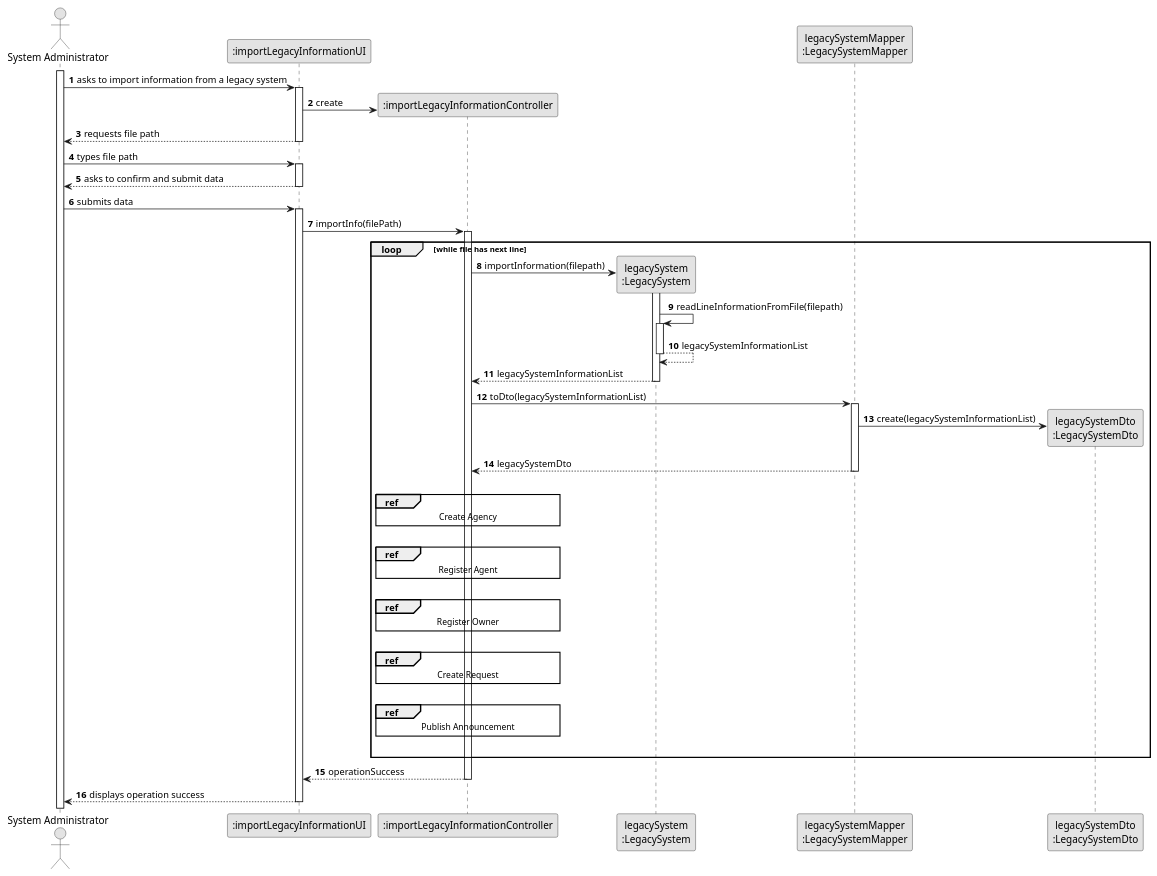
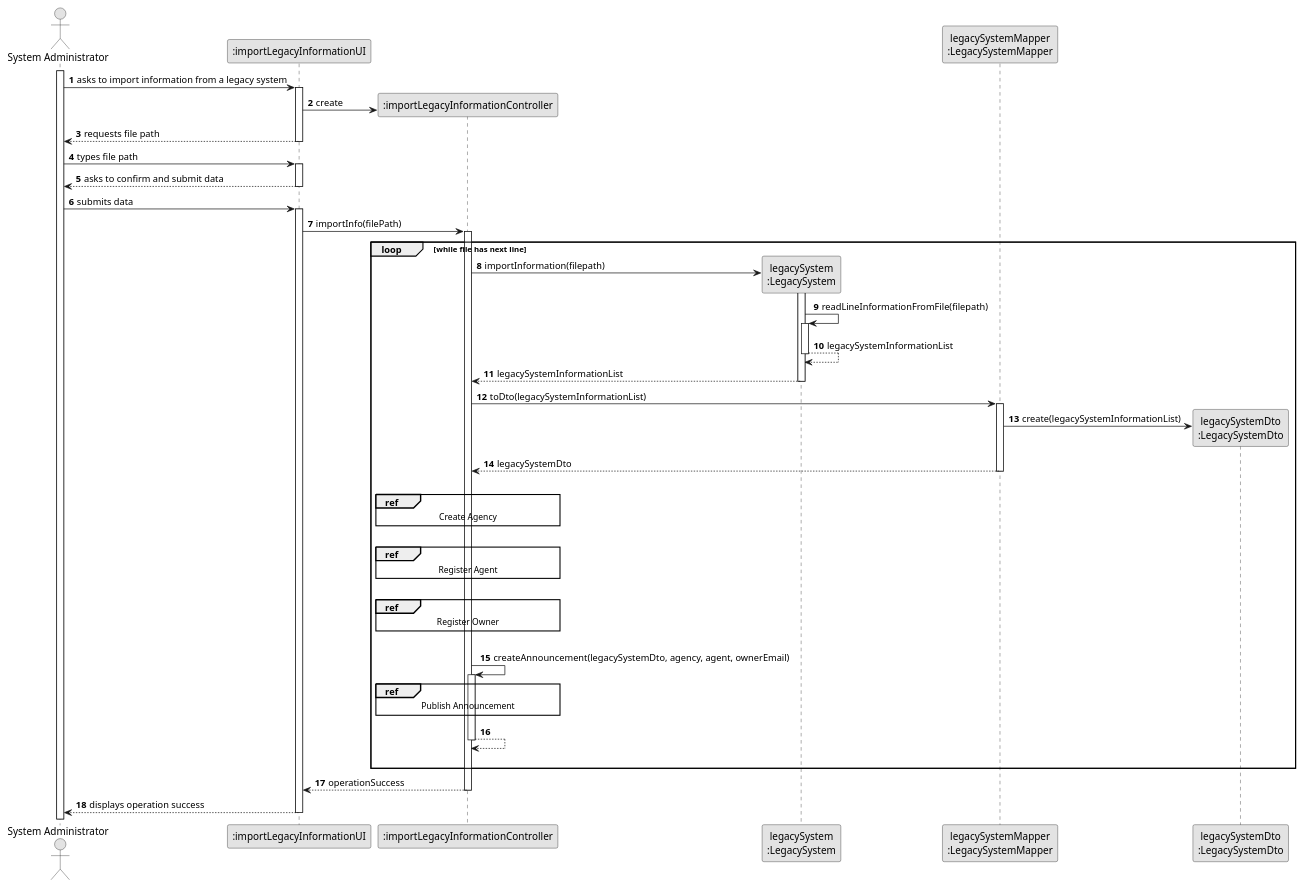
The diagram in docs/sprintC/us012/03.design/puml/us012-sequence-diagram-split.puml (rita-barbosa/LAPR2-2223), drawn with PlantUML before and after one commit. The commit also changed 1 other file, not shown here.

```diff
--- a/docs/sprintC/us012/03.design/puml/us012-sequence-diagram-split.puml
+++ b/docs/sprintC/us012/03.design/puml/us012-sequence-diagram-split.puml
@@ -1,90 +1,91 @@
 @startuml
 skinparam monochrome true
 skinparam packageStyle rectangle
 skinparam shadowing false
 
 autonumber
 
 'hide footbox
 actor "System Administrator" as ADM
 participant ":importLegacyInformationUI" as UI
 participant ":importLegacyInformationController" as CTRL
 participant "legacySystem\n:LegacySystem" as LS
 participant "legacySystemMapper\n:LegacySystemMapper" as LSMapper
 participant "legacySystemDto\n:LegacySystemDto" as LSDto
 
 activate ADM
 
     ADM -> UI : asks to import information from a legacy system
     activate UI
 
     UI -> CTRL**: create
 
     UI --> ADM : requests file path
     deactivate UI
 
     ADM -> UI : types file path
     activate UI
 
     UI --> ADM : asks to confirm and submit data
     deactivate UI
 
     ADM -> UI : submits data
     activate UI
 
     UI -> CTRL: importInfo(filePath)
     activate CTRL
 
 
     loop while file has next line
 
       CTRL -> LS** : importInformation(filepath)
       activate LS
 
       LS -> LS : readLineInformationFromFile(filepath)
       activate LS
 
       LS --> LS: legacySystemInformationList
       deactivate LS
 
      CTRL <-- LS : legacySystemInformationList
       deactivate LS
 
       CTRL -> LSMapper : toDto(legacySystemInformationList)
       activate LSMapper
 
       LSMapper -> LSDto** : create(legacySystemInformationList)
 
       LSMapper --> CTRL : legacySystemDto
       deactivate LSMapper
 
     |||
     ref over CTRL
     Create Agency
     end ref
     |||
     ref over CTRL
         Register Agent
     end ref
     |||
     ref over CTRL
         Register Owner
     end ref
-    |||
-    ref over CTRL
-        Create Request
-    end ref
-    |||
+|||
+    CTRL -> CTRL : createAnnouncement(legacySystemDto, agency, agent, ownerEmail)
+    activate CTRL
     ref over CTRL
         Publish Announcement
     end ref
-    |||
+        CTRL --> CTRL
+    deactivate CTRL
+
+|||
      end loop
 
     CTRL --> UI: operationSuccess
     deactivate CTRL
 
     UI --> ADM : displays operation success
     deactivate UI
 
 @enduml
```
